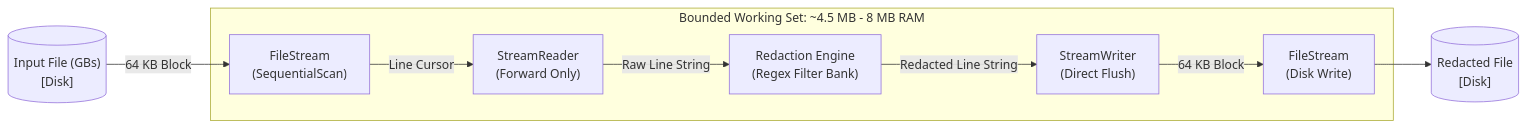
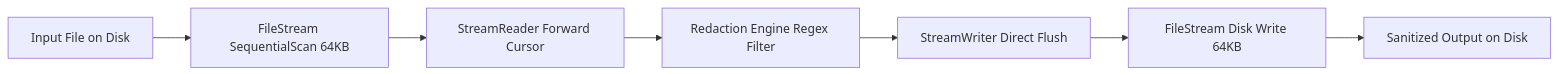
One commit to bishwajitprasadgond/Log-Redactor changed the second of 4 diagrams in README.md. Above: the diagram before and after it, drawn with Mermaid. The commit also changed other lines of this file and 4 other files, not shown here.

````diff
--- a/README.md
+++ b/README.md
@@ -51,17 +51,9 @@
 ```mermaid
 flowchart LR
-    DiskIn[("Input File (GBs)\n[Disk]")] -->|64 KB Block| FSIn["FileStream\n(SequentialScan)"]
-    FSIn -->|Line Cursor| SR["StreamReader\n(Forward Only)"]
-    SR -->|Raw Line String| RE["Redaction Engine\n(Regex Filter Bank)"]
-    RE -->|Redacted Line String| SW["StreamWriter\n(Direct Flush)"]
-    SW -->|64 KB Block| FSOut["FileStream\n(Disk Write)"]
-    FSOut --> DiskOut[("Redacted File\n[Disk]")]
-
-    subgraph Memory_Bound [Bounded Working Set: ~4.5 MB - 8 MB RAM]
-        FSIn
-        SR
-        RE
-        SW
-        FSOut
-    end
+    DiskIn[Input File on Disk] --> FSIn[FileStream SequentialScan 64KB]
+    FSIn --> SR[StreamReader Forward Cursor]
+    SR --> RE[Redaction Engine Regex Filter]
+    RE --> SW[StreamWriter Direct Flush]
+    SW --> FSOut[FileStream Disk Write 64KB]
+    FSOut --> DiskOut[Sanitized Output on Disk]
 ```
````
